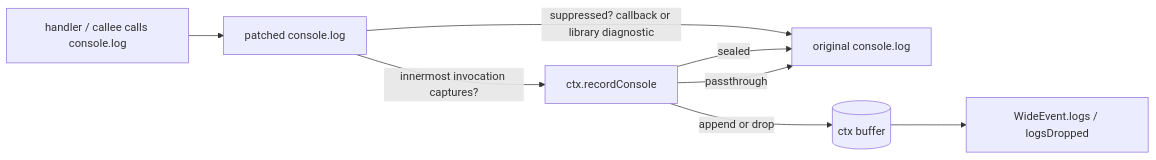
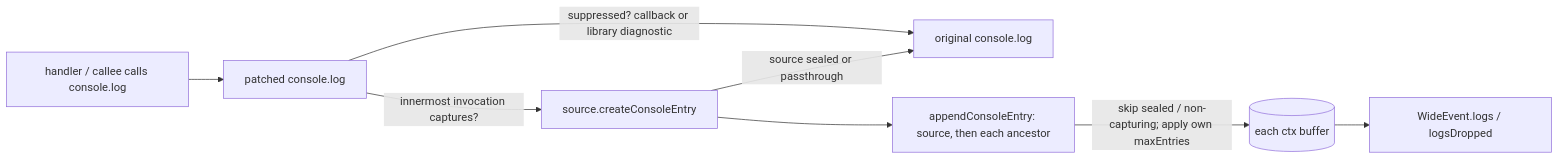
One commit to AlexMason/observed-js changed the diagram in docs/plans/20261121-9-console-capture.md. Above: the diagram before and after it, drawn with Mermaid. The commit also changed other lines of this file, not shown here.

Commit message:
docs: revise plan for #9 — copy child logs to capturing ancestors

````diff
--- a/docs/plans/20261121-9-console-capture.md
+++ b/docs/plans/20261121-9-console-capture.md
@@ -181,10 +191,10 @@
 ```mermaid
 flowchart LR
   H[handler / callee calls console.log] --> W[patched console.log]
   W -->|suppressed? callback or library diagnostic| O[original console.log]
-  W -->|innermost invocation captures?| R[ctx.recordConsole]
-  R -->|sealed| O
-  R -->|append or drop| B[(ctx buffer)]
-  R -->|passthrough| O
+  W -->|innermost invocation captures?| C[source.createConsoleEntry]
+  C --> R[appendConsoleEntry: source, then each ancestor]
+  R -->|skip sealed / non-capturing; apply own maxEntries| B[(each ctx buffer)]
+  C -->|source sealed or passthrough| O
   B --> E[WideEvent.logs / logsDropped]
 ```
````
